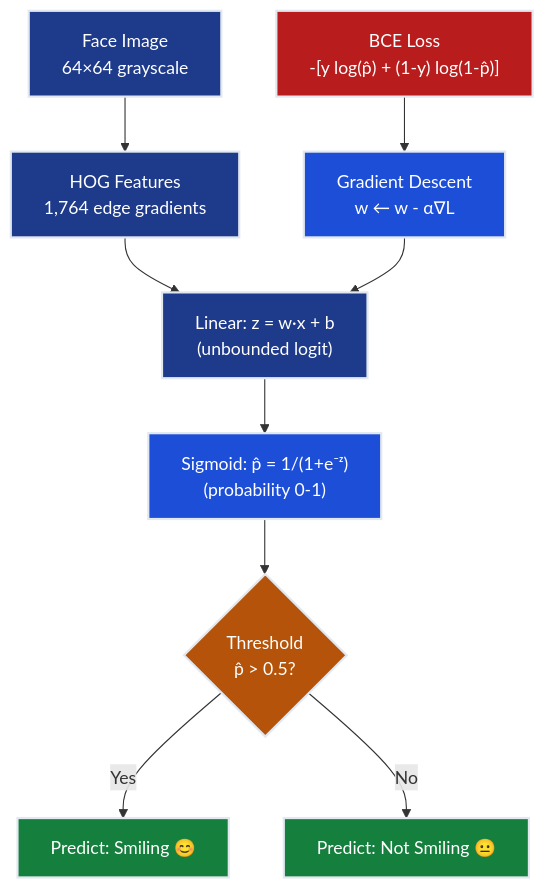
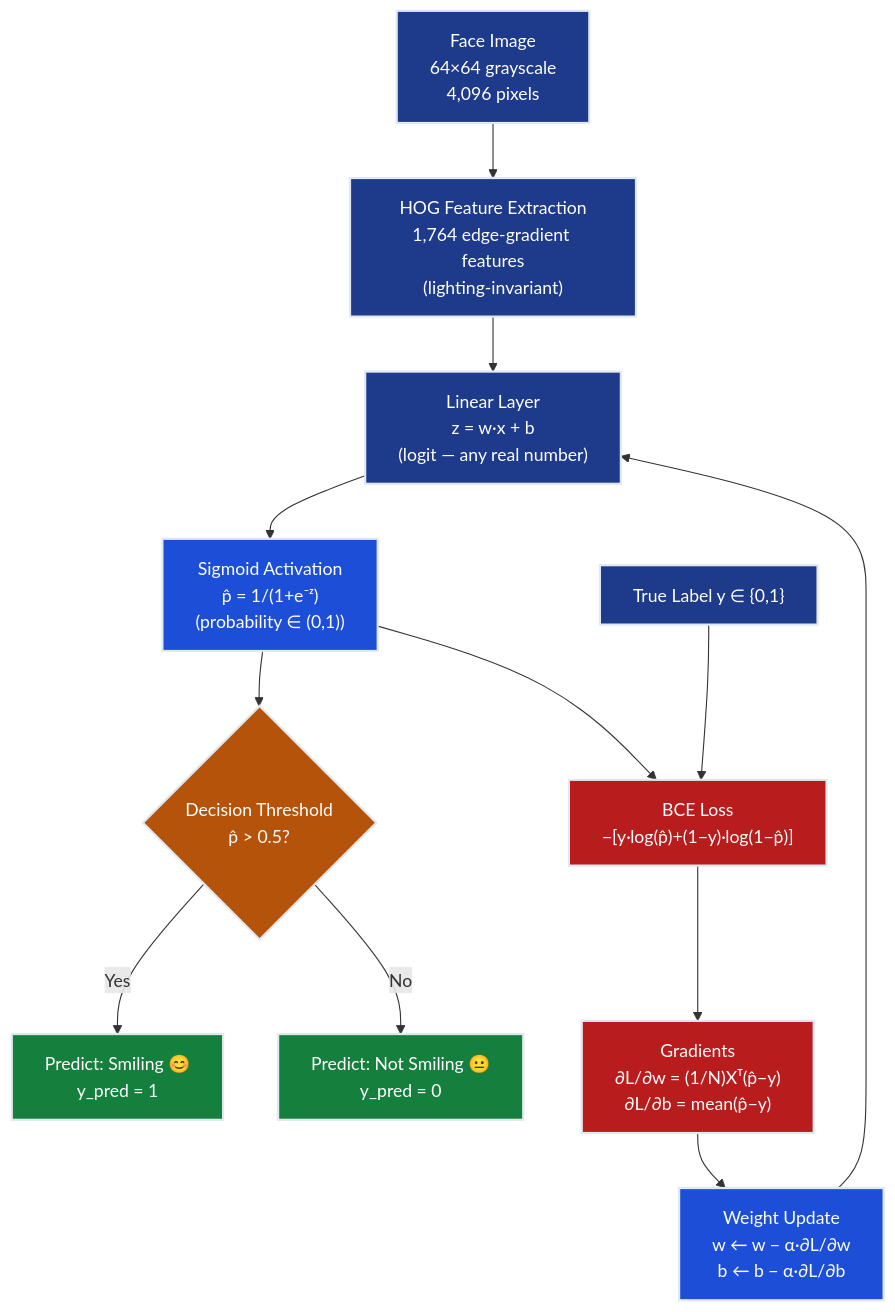
Before and after one commit to deepakshamsft/ai-portfolio: the third of 5 diagrams in notes/01-ml/02_classification/ch01_logistic_regression/README.md, drawn with Mermaid. The commit also changed other lines of this file and 727 other files, not shown here.

````diff
--- a/notes/01-ml/02_classification/ch01_logistic_regression/README.md
+++ b/notes/01-ml/02_classification/ch01_logistic_regression/README.md
@@ -242,22 +714,25 @@
 ```mermaid
 graph TD
-    A["Face Image<br/>64×64 grayscale"] --> B["HOG Features<br/>1,764 edge gradients"]
-    B --> C["Linear: z = w·x + b<br/>(unbounded logit)"]
-    C --> D["Sigmoid: p̂ = 1/(1+e⁻ᶻ)<br/>(probability 0-1)"]
-    D --> E{"Threshold<br/>p̂ > 0.5?"}
-    E -->|Yes| F["Predict: Smiling 😊"]
-    E -->|No| G["Predict: Not Smiling 😐"]
-    
-    H["BCE Loss<br/>-[y log(p̂) + (1-y) log(1-p̂)]"] --> I["Gradient Descent<br/>w ← w - α∇L"]
-    I --> C
-    
+    A["Face Image\n64×64 grayscale\n4,096 pixels"] --> B["HOG Feature Extraction\n1,764 edge-gradient features\n(lighting-invariant)"]
+    B --> C["Linear Layer\nz = w·x + b\n(logit — any real number)"]
+    C --> D["Sigmoid Activation\np̂ = 1/(1+e⁻ᶻ)\n(probability ∈ (0,1))"]
+    D --> E{"Decision Threshold\np̂ > 0.5?"}
+    E -->|"Yes"| F["Predict: Smiling 😊\ny_pred = 1"]
+    E -->|"No"| G["Predict: Not Smiling 😐\ny_pred = 0"]
+    H["True Label y ∈ {0,1}"] --> I["BCE Loss\n−[y·log(p̂)+(1−y)·log(1−p̂)]"]
+    D --> I
+    I --> J["Gradients\n∂L/∂w = (1/N)Xᵀ(p̂−y)\n∂L/∂b = mean(p̂−y)"]
+    J --> K["Weight Update\nw ← w − α·∂L/∂w\nb ← b − α·∂L/∂b"]
+    K --> C
     style A fill:#1e3a8a,stroke:#e2e8f0,stroke-width:2px,color:#ffffff
     style B fill:#1e3a8a,stroke:#e2e8f0,stroke-width:2px,color:#ffffff
     style C fill:#1e3a8a,stroke:#e2e8f0,stroke-width:2px,color:#ffffff
     style D fill:#1d4ed8,stroke:#e2e8f0,stroke-width:2px,color:#ffffff
     style E fill:#b45309,stroke:#e2e8f0,stroke-width:2px,color:#ffffff
     style F fill:#15803d,stroke:#e2e8f0,stroke-width:2px,color:#ffffff
     style G fill:#15803d,stroke:#e2e8f0,stroke-width:2px,color:#ffffff
-    style H fill:#b91c1c,stroke:#e2e8f0,stroke-width:2px,color:#ffffff
-    style I fill:#1d4ed8,stroke:#e2e8f0,stroke-width:2px,color:#ffffff
+    style H fill:#1e3a8a,stroke:#e2e8f0,stroke-width:2px,color:#ffffff
+    style I fill:#b91c1c,stroke:#e2e8f0,stroke-width:2px,color:#ffffff
+    style J fill:#b91c1c,stroke:#e2e8f0,stroke-width:2px,color:#ffffff
+    style K fill:#1d4ed8,stroke:#e2e8f0,stroke-width:2px,color:#ffffff
 ```
````
